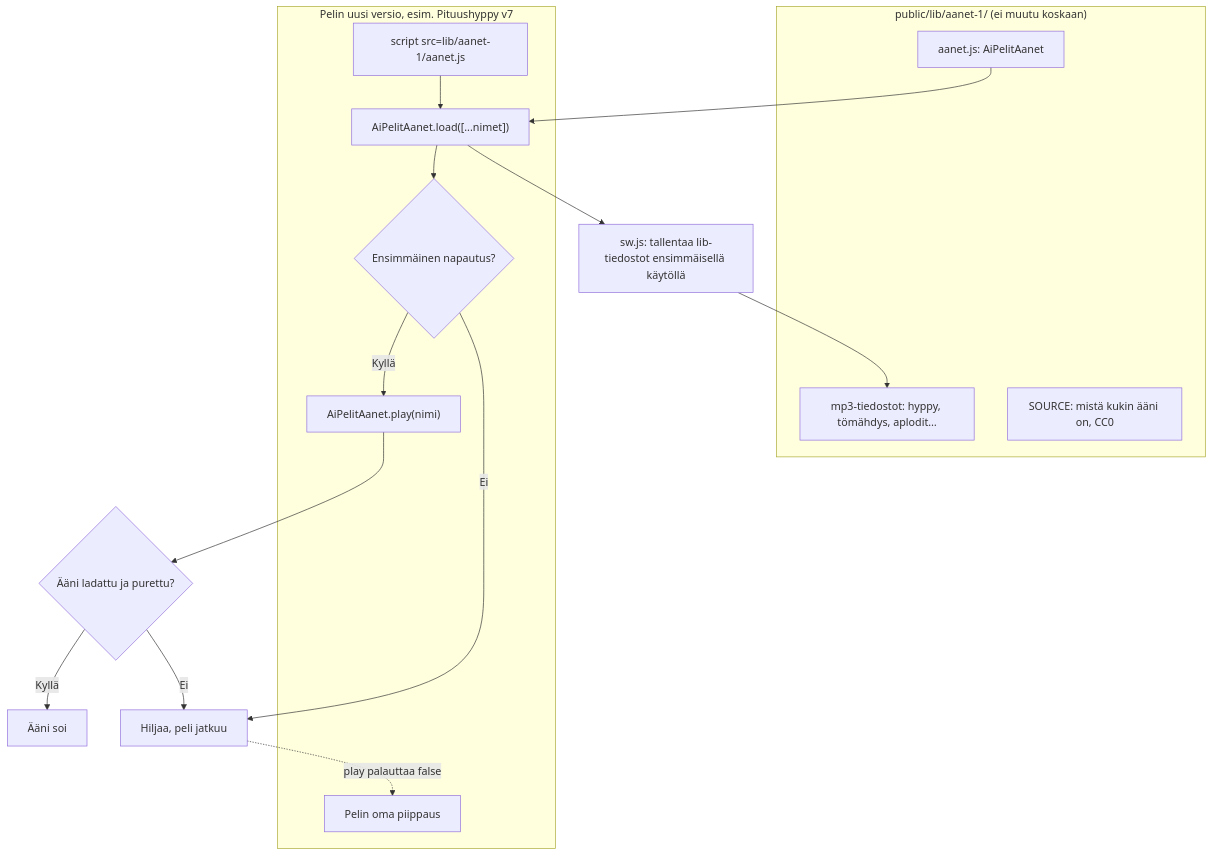
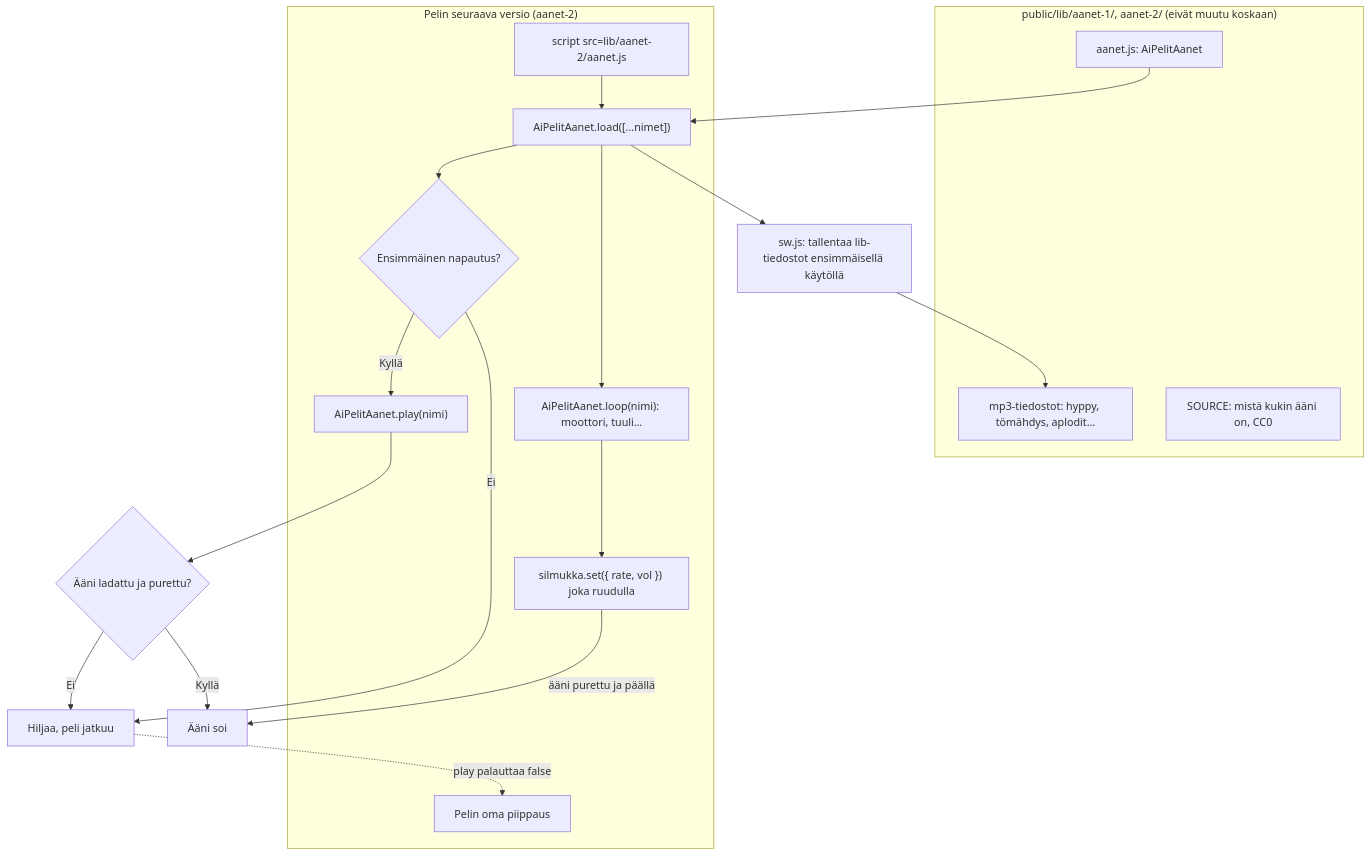
One commit to eerovil/ai-pelit changed the diagram in docs/diagrams/aanikirjasto.md. Above: the diagram before and after it, drawn with Mermaid. The commit also changed other lines of this file and 76 other files, not shown here.

````diff
--- a/docs/diagrams/aanikirjasto.md
+++ b/docs/diagrams/aanikirjasto.md
@@ -7,32 +7,36 @@
 ```mermaid
 flowchart TD
-  subgraph Kirjasto["public/lib/aanet-1/ (ei muutu koskaan)"]
+  subgraph Kirjasto["public/lib/aanet-1/, aanet-2/ (eivät muutu koskaan)"]
     files["mp3-tiedostot: hyppy, tömähdys, aplodit…"]
     lista["SOURCE: mistä kukin ääni on, CC0"]
     js["aanet.js: AiPelitAanet"]
   end
-  subgraph Peli["Pelin uusi versio, esim. Pituushyppy v7"]
-    tag["script src=lib/aanet-1/aanet.js"]
+  subgraph Peli["Pelin seuraava versio (aanet-2)"]
+    tag["script src=lib/aanet-2/aanet.js"]
     load["AiPelitAanet.load([...nimet])"]
     tap{"Ensimmäinen napautus?"}
     play["AiPelitAanet.play(nimi)"]
+    loop["AiPelitAanet.loop(nimi): moottori, tuuli…"]
+    set["silmukka.set({ rate, vol }) joka ruudulla"]
     beep["Pelin oma piippaus"]
   end
   sw["sw.js: tallentaa lib-tiedostot ensimmäisellä käytöllä"]
   ok{"Ääni ladattu ja purettu?"}
   soi["Ääni soi"]
   hiljaa["Hiljaa, peli jatkuu"]
   tag --> load --> tap
   tap -- Kyllä --> play --> ok
   tap -- Ei --> hiljaa
   ok -- Kyllä --> soi
   ok -- Ei --> hiljaa
+  load --> loop --> set
+  set -- ääni purettu ja päällä --> soi
   hiljaa -. play palauttaa false .-> beep
   load --> sw --> files
   js --> load
   class files,lista,js teal
-  class tag,load,play blue
+  class tag,load,play,loop,set blue
   class tap,ok amber
   class sw violet
   class soi,hiljaa,beep green
 ```
````
